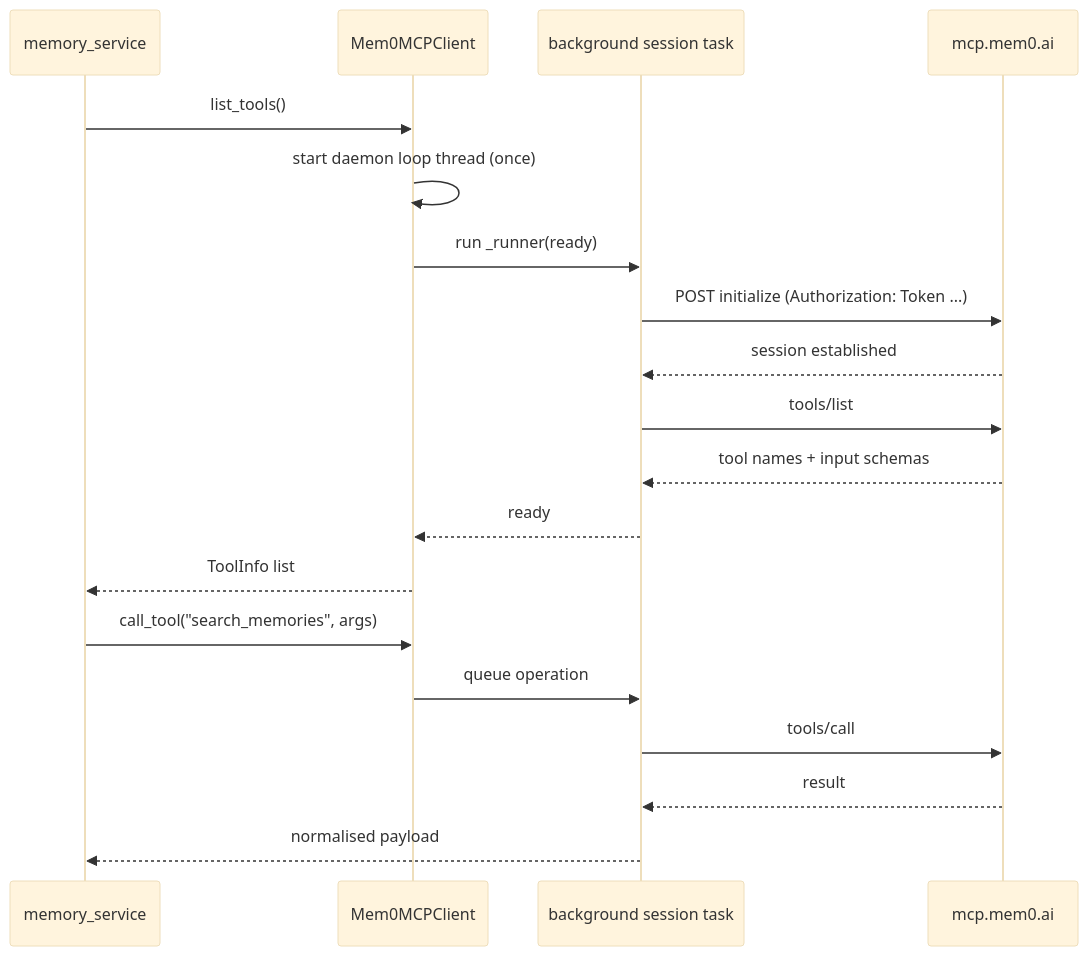
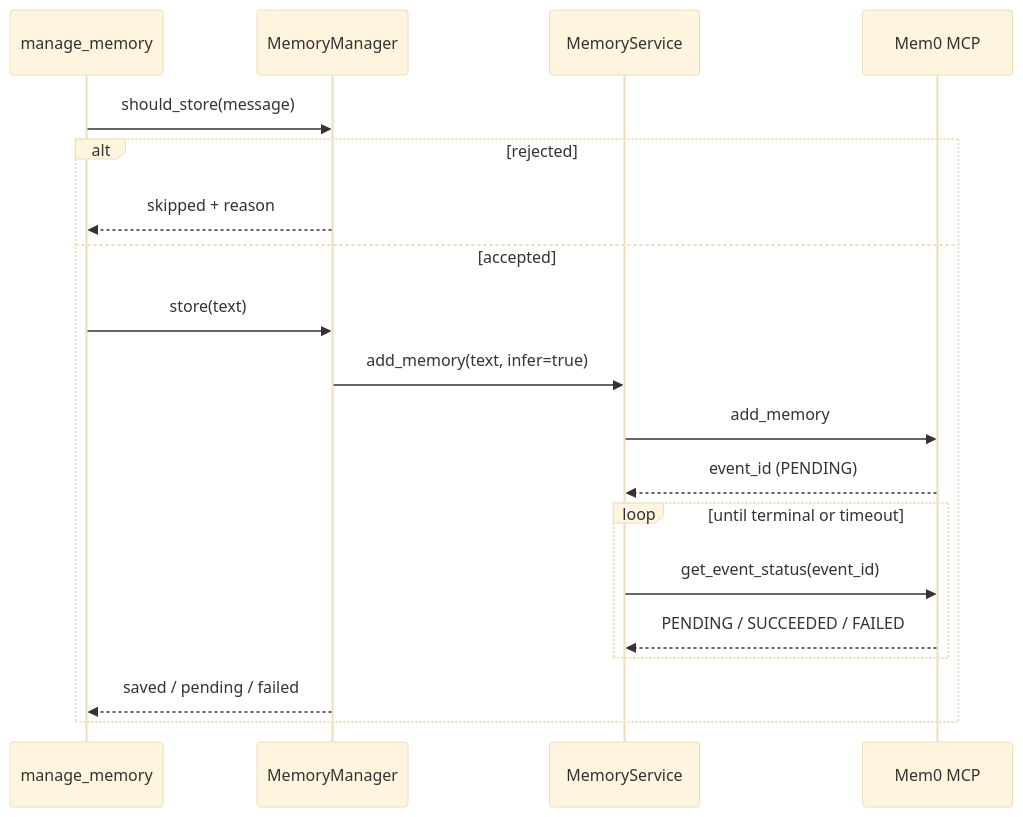
Before and after one commit to psbuilds/retail-mem0-poc: the first of 2 diagrams in docs/explanations/memory_workflow.md, drawn with Mermaid (base theme). The commit also changed other lines of this file and 56 other files, not shown here.

Commit message:
Added a jev based query routing node, and modifed the langgraph flow accordingly to prodeuce better tailored responses and to invoke mcp/api only when the user query demands it without invoking in each call

````diff
--- a/docs/explanations/memory_workflow.md
+++ b/docs/explanations/memory_workflow.md
@@ -24,22 +41,22 @@
 ```mermaid
 sequenceDiagram
-    participant App as memory_service
-    participant Cli as Mem0MCPClient
-    participant Task as background session task
-    participant MCP as mcp.mem0.ai
+    participant N as manage_memory
+    participant MM as MemoryManager
+    participant MS as MemoryService
+    participant M as Mem0 MCP
 
-    App->>Cli: list_tools()
-    Cli->>Cli: start daemon loop thread (once)
-    Cli->>Task: run _runner(ready)
-    Task->>MCP: POST initialize (Authorization: Token ...)
-    MCP-->>Task: session established
-    Task->>MCP: tools/list
-    MCP-->>Task: tool names + input schemas
-    Task-->>Cli: ready
-    Cli-->>App: ToolInfo list
-    App->>Cli: call_tool("search_memories", args)
-    Cli->>Task: queue operation
-    Task->>MCP: tools/call
-    MCP-->>Task: result
-    Task-->>App: normalised payload
+    N->>MM: should_store(message)
+    alt rejected
+        MM-->>N: skipped + reason
+    else accepted
+        N->>MM: store(text)
+        MM->>MS: add_memory(text, infer=true)
+        MS->>M: add_memory
+        M-->>MS: event_id (PENDING)
+        loop until terminal or timeout
+            MS->>M: get_event_status(event_id)
+            M-->>MS: PENDING / SUCCEEDED / FAILED
+        end
+        MM-->>N: saved / pending / failed
+    end
 ```
````
